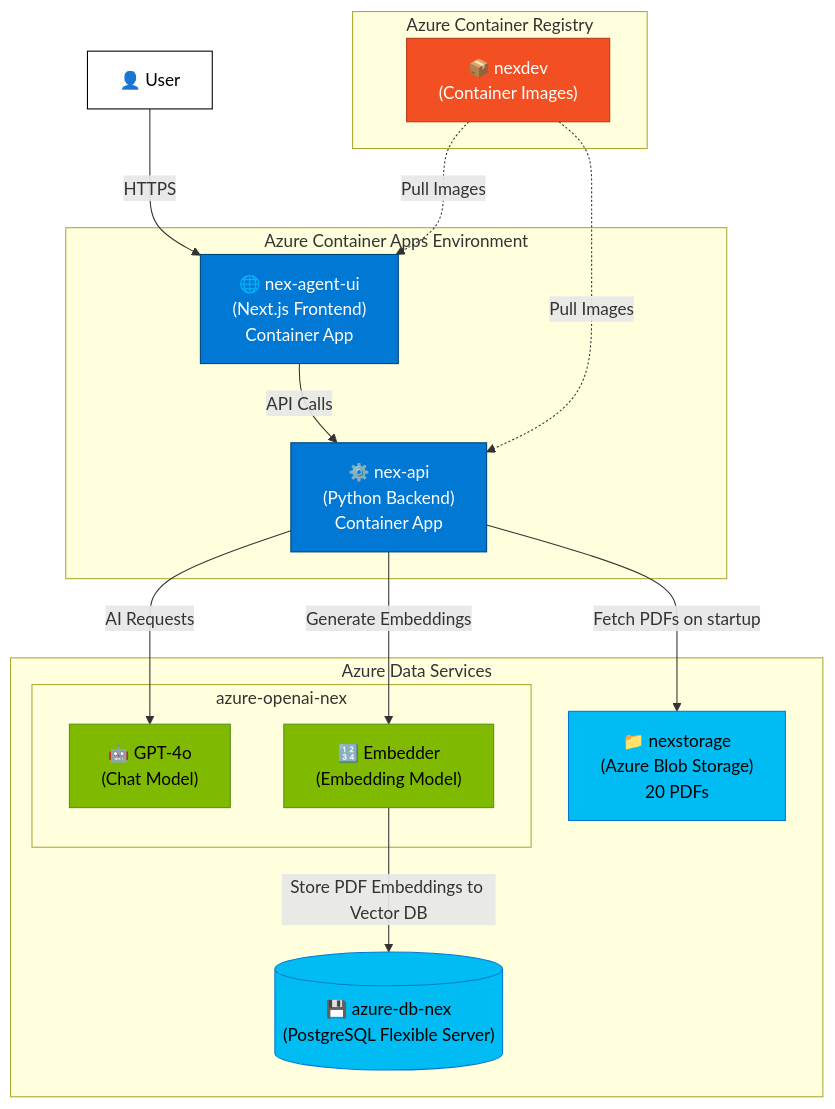
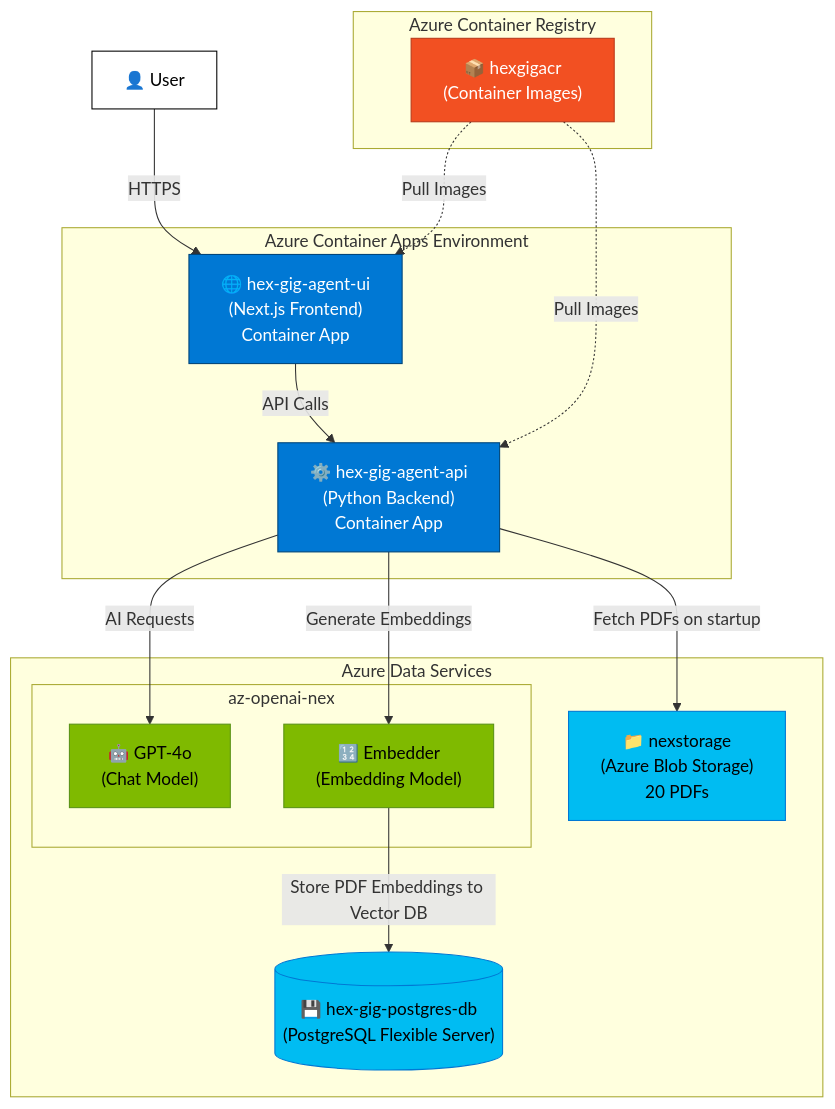
One commit to lakhi/health-research-agent-api changed the diagram in README.md. Above: the diagram before and after it, drawn with Mermaid. The commit also changed other lines of this file and 30 other files, not shown here.

First line of the commit message:
WIP refactor(hex-gig): rename nex -> hex_gig across codebase + infra docs

````diff
--- a/README.md
+++ b/README.md
@@ -9,38 +9,38 @@
 ```mermaid
 graph TB
     subgraph "Azure Container Apps Environment"
-        UI["🌐 nex-agent-ui<br/>(Next.js Frontend)<br/>Container App"]
-        API["⚙️ nex-api<br/>(Python Backend)<br/>Container App"]
+        UI["🌐 hex-gig-agent-ui<br/>(Next.js Frontend)<br/>Container App"]
+        API["⚙️ hex-gig-agent-api<br/>(Python Backend)<br/>Container App"]
     end
 
     subgraph "Azure Data Services"
-        DB[("💾 azure-db-nex<br/>(PostgreSQL Flexible Server)")]
+        DB[("💾 hex-gig-postgres-db<br/>(PostgreSQL Flexible Server)")]
         BLOB["📁 nexstorage<br/>(Azure Blob Storage)<br/>20 PDFs"]
-        subgraph "azure-openai-nex"
+        subgraph "az-openai-nex"
             AOAI["🤖 GPT-4o<br/>(Chat Model)"]
             EMBEDDER["🔢 Embedder<br/>(Embedding Model)"]
         end
     end
 
     subgraph "Azure Container Registry"
-        ACR["📦 nexdev<br/>(Container Images)"]
+        ACR["📦 hexgigacr<br/>(Container Images)"]
     end
 
     User["👤 User"] -->|HTTPS| UI
     UI -->|API Calls| API
     API -->|Fetch PDFs on startup| BLOB
     API -->|AI Requests| AOAI
     API -->|Generate Embeddings| EMBEDDER
     EMBEDDER -->|Store PDF Embeddings to Vector DB| DB
     ACR -.->|Pull Images| UI
     ACR -.->|Pull Images| API
 
     style UI fill:#0078d4,stroke:#004578,color:#fff
     style API fill:#0078d4,stroke:#004578,color:#fff
     style DB fill:#00bcf2,stroke:#0078d4,color:#000
     style BLOB fill:#00bcf2,stroke:#0078d4,color:#000
     style AOAI fill:#7fba00,stroke:#5a9216,color:#000
     style EMBEDDER fill:#7fba00,stroke:#5a9216,color:#000
     style ACR fill:#f25022,stroke:#b93a1a,color:#fff
     style User fill:#fff,stroke:#000,color:#000
 ```
````
